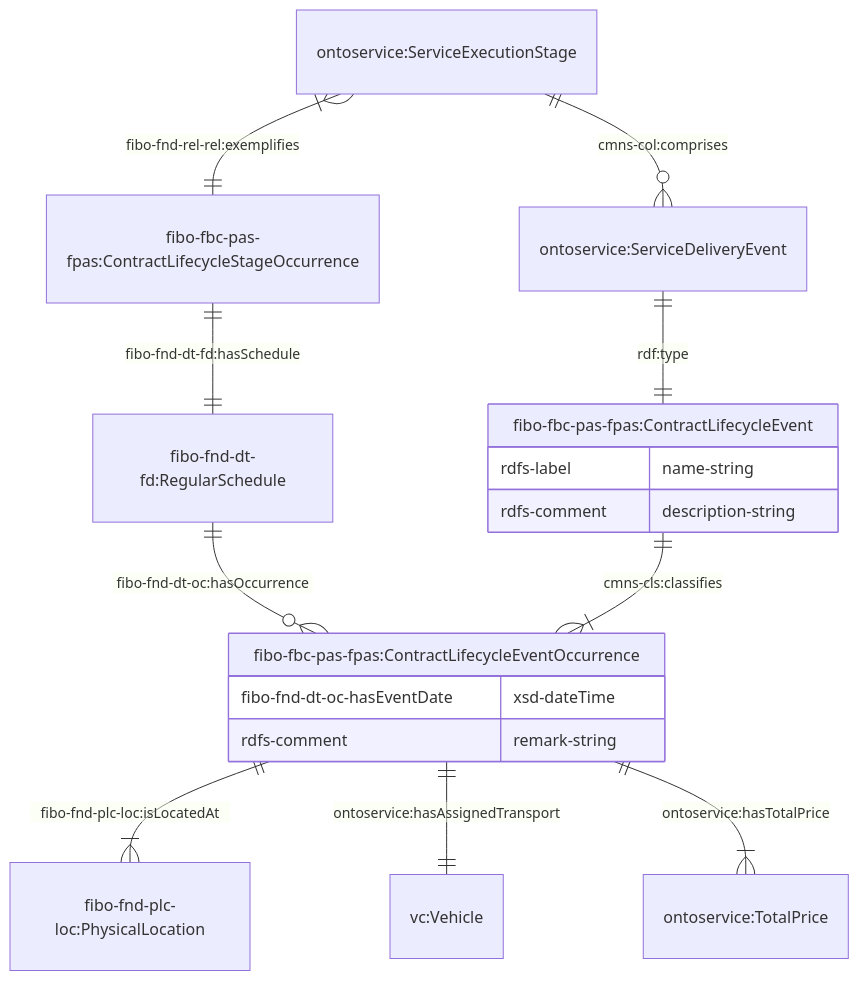
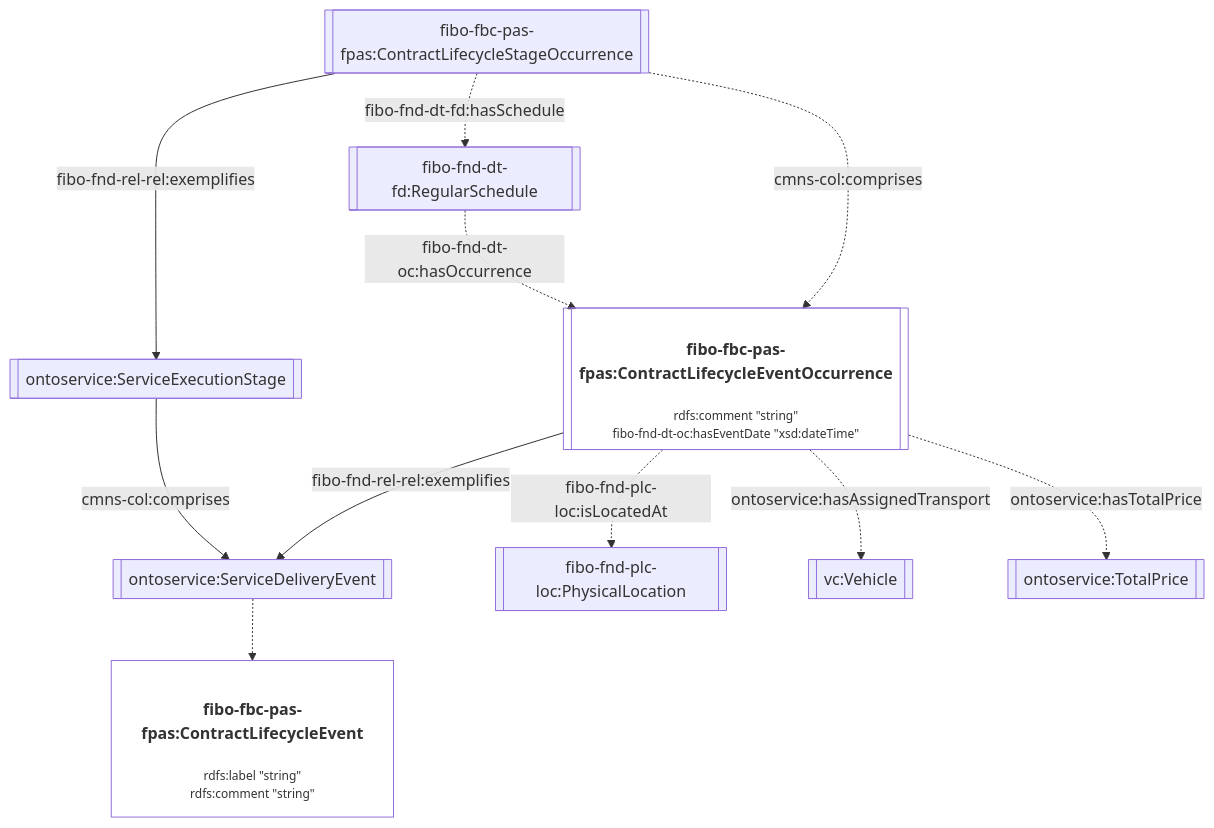
One commit to cambridge-cares/TheWorldAvatar changed the ninth of 10 diagrams in JPS_Ontology/ontology/ontoservice/README.md. Above: the diagram before and after it, drawn with Mermaid. The commit also changed other lines of this file and 1 other file, not shown here.

Commit message:
dev-service-execution-ontology-extension: update to flowchart diagram in ontoservice and ontowastemanagement

````diff
--- a/JPS_Ontology/ontology/ontoservice/README.md
+++ b/JPS_Ontology/ontology/ontoservice/README.md
@@ -329,22 +355,21 @@
 ```mermaid
-    erDiagram
-    "ontoservice:ServiceExecutionStage" }|--|| "fibo-fbc-pas-fpas:ContractLifecycleStageOccurrence" : "fibo-fnd-rel-rel:exemplifies"
-    "fibo-fbc-pas-fpas:ContractLifecycleStageOccurrence" ||--|| "fibo-fnd-dt-fd:RegularSchedule" : "fibo-fnd-dt-fd:hasSchedule"
-    "fibo-fnd-dt-fd:RegularSchedule" ||--o{ "fibo-fbc-pas-fpas:ContractLifecycleEventOccurrence" : "fibo-fnd-dt-oc:hasOccurrence"
+flowchart TD
+    %% Styling
+    classDef literal fill:none
+    classDef node overflow-wrap:break-word,text-wrap:pretty
+    linkStyle default overflow-wrap:break-word,text-wrap:pretty;
 
-    "ontoservice:ServiceExecutionStage" ||--o{ "ontoservice:ServiceDeliveryEvent" : "cmns-col:comprises"
-    "ontoservice:ServiceDeliveryEvent" ||--|| "fibo-fbc-pas-fpas:ContractLifecycleEvent" : "rdf:type"
-    "fibo-fbc-pas-fpas:ContractLifecycleEvent" {
-        rdfs-label name-string
-        rdfs-comment description-string
-    }
+    %% Contents
+    StageOccurrence[[fibo-fbc-pas-fpas:ContractLifecycleStageOccurrence]] -. cmns-col:comprises .-> EventOccurrence[["<h4>fibo-fbc-pas-fpas:ContractLifecycleEventOccurrence</h4><p style='font-size:0.75rem;'>rdfs:comment &quot;string&quot;<br>fibo-fnd-dt-oc:hasEventDate &quot;xsd:dateTime&quot;</p>"]]:::literal
+    StageOccurrence -- fibo-fnd-rel-rel:exemplifies --> ServiceExecutionStage[[ontoservice:ServiceExecutionStage]]
+    EventOccurrence -- fibo-fnd-rel-rel:exemplifies --> ServiceDeliveryEvent[[ontoservice:ServiceDeliveryEvent]]
+    ServiceExecutionStage -- cmns-col:comprises --> ServiceDeliveryEvent
 
-    "fibo-fbc-pas-fpas:ContractLifecycleEvent" ||--|{ "fibo-fbc-pas-fpas:ContractLifecycleEventOccurrence" : "cmns-cls:classifies"
-    "fibo-fbc-pas-fpas:ContractLifecycleEventOccurrence" ||--|{ "fibo-fnd-plc-loc:PhysicalLocation" : "fibo-fnd-plc-loc:isLocatedAt"
-    "fibo-fbc-pas-fpas:ContractLifecycleEventOccurrence" ||--|| "vc:Vehicle" : "ontoservice:hasAssignedTransport"
-    "fibo-fbc-pas-fpas:ContractLifecycleEventOccurrence" ||--|{ "ontoservice:TotalPrice" : "ontoservice:hasTotalPrice"
-    "fibo-fbc-pas-fpas:ContractLifecycleEventOccurrence" {
-        fibo-fnd-dt-oc-hasEventDate xsd-dateTime
-        rdfs-comment remark-string
-    }
+    StageOccurrence -. fibo-fnd-dt-fd:hasSchedule .-> Schedule[[fibo-fnd-dt-fd:RegularSchedule]]
+    Schedule -. fibo-fnd-dt-oc:hasOccurrence .-> EventOccurrence
+    ServiceDeliveryEvent -.-> Event["<h4>fibo-fbc-pas-fpas:ContractLifecycleEvent</h4><p style='font-size:0.75rem;'>rdfs:label &quot;string&quot;<br>rdfs:comment &quot;string&quot;</p>"]:::literal
+
+    EventOccurrence -. fibo-fnd-plc-loc:isLocatedAt .-> Location[[fibo-fnd-plc-loc:PhysicalLocation]]
+    EventOccurrence -. ontoservice:hasAssignedTransport .-> Vehicle[[vc:Vehicle]]
+    EventOccurrence -. ontoservice:hasTotalPrice .-> TotalPrice[[ontoservice:TotalPrice]]
 ```
````
